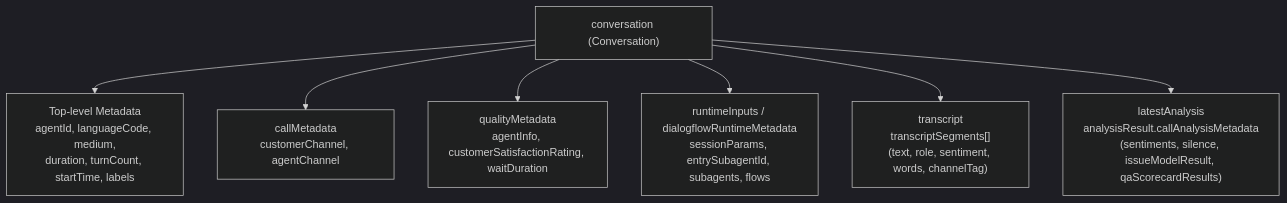
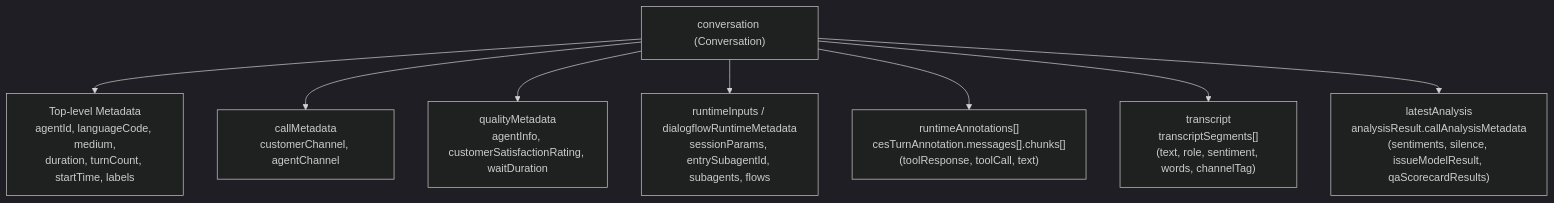
Before and after one commit to GoogleCloudPlatform/cxas-scrapi: the diagram in .agents/skills/cxas-autolabel-rules/references/cel_cookbook.md, drawn with Mermaid (dark theme). The commit also changed other lines of this file, not shown here.

Commit message:
docs(skills): add production examples for regex detection and runtimeAnnotations in cel_cookbook

````diff
--- a/.agents/skills/cxas-autolabel-rules/references/cel_cookbook.md
+++ b/.agents/skills/cxas-autolabel-rules/references/cel_cookbook.md
@@ -23,10 +24,11 @@
 ```mermaid
 graph TD
     Conv["conversation (Conversation)"]
     Conv --> Meta["Top-level Metadata<br/>agentId, languageCode, medium,<br/>duration, turnCount, startTime, labels"]
     Conv --> CallMeta["callMetadata<br/>customerChannel, agentChannel"]
     Conv --> QualMeta["qualityMetadata<br/>agentInfo, customerSatisfactionRating, waitDuration"]
     Conv --> Runtime["runtimeInputs / dialogflowRuntimeMetadata<br/>sessionParams, entrySubagentId, subagents, flows"]
+    Conv --> Annotations["runtimeAnnotations[]<br/>cesTurnAnnotation.messages[].chunks[]<br/>(toolResponse, toolCall, text)"]
     Conv --> Transcript["transcript<br/>transcriptSegments[]<br/>(text, role, sentiment, words, channelTag)"]
     Conv --> Analysis["latestAnalysis<br/>analysisResult.callAnalysisMetadata<br/>(sentiments, silence, issueModelResult, qaScorecardResults)"]
 ```
````
